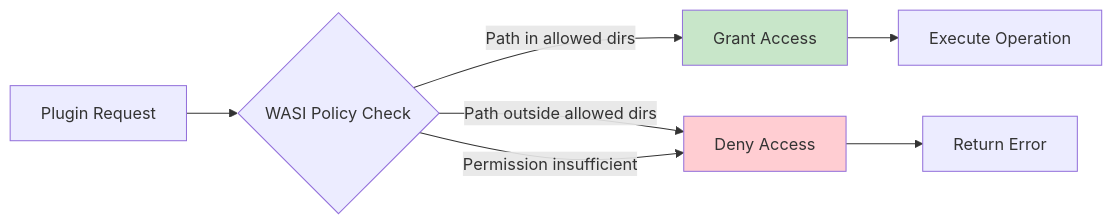
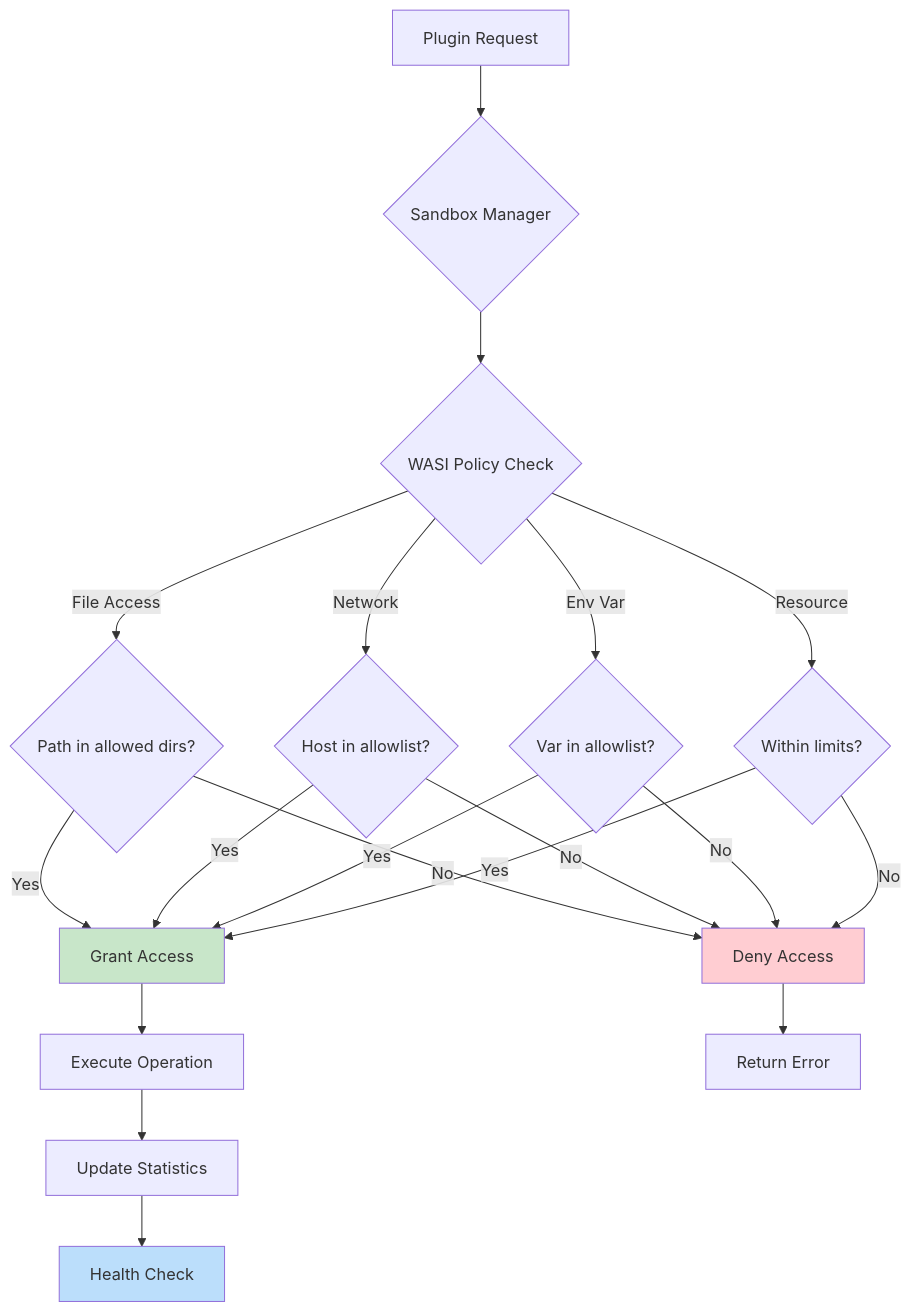
The second of 3 diagrams in sandboxing/Readme.md (monshri/contextforge-plugins-framework), drawn with Mermaid before and after one commit. The commit also changed other lines of this file, not shown here.

````diff
--- a/sandboxing/Readme.md
+++ b/sandboxing/Readme.md
@@ -175,13 +328,28 @@
 ```mermaid
-graph LR
-    A[Plugin Request] --> B{WASI Policy Check}
-    B -->|Path in allowed dirs| C[Grant Access]
-    B -->|Path outside allowed dirs| D[Deny Access]
-    B -->|Permission insufficient| D
+graph TB
+    A[Plugin Request] --> B{Sandbox Manager}
+    B --> C{WASI Policy Check}
+    C -->|File Access| D{Path in allowed dirs?}
+    C -->|Network| E{Host in allowlist?}
+    C -->|Env Var| F{Var in allowlist?}
+    C -->|Resource| G{Within limits?}
     
-    C --> E[Execute Operation]
-    D --> F[Return Error]
+    D -->|Yes| H[Grant Access]
+    D -->|No| I[Deny Access]
+    E -->|Yes| H
+    E -->|No| I
+    F -->|Yes| H
+    F -->|No| I
+    G -->|Yes| H
+    G -->|No| I
     
-    style C fill:#c8e6c9
-    style D fill:#ffcdd2
+    H --> J[Execute Operation]
+    I --> K[Return Error]
+    
+    J --> L[Update Statistics]
+    L --> M[Health Check]
+    
+    style H fill:#c8e6c9
+    style I fill:#ffcdd2
+    style M fill:#bbdefb
 ```
````
